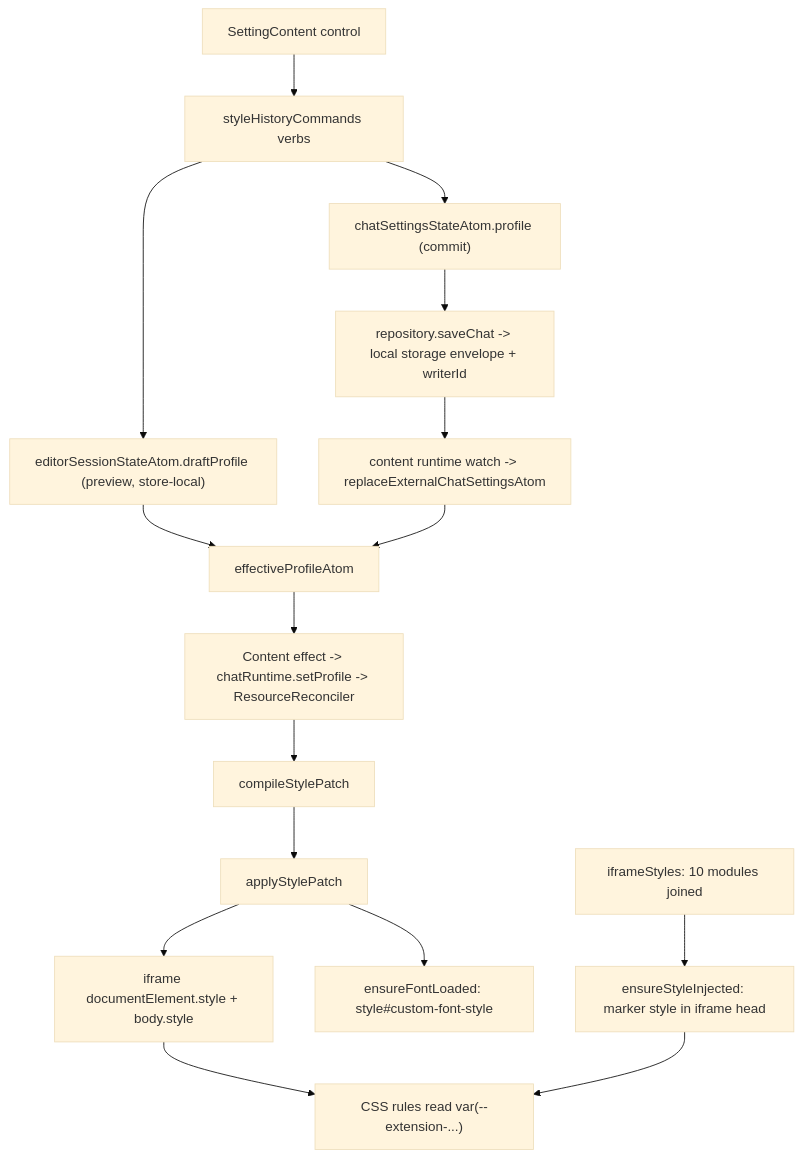
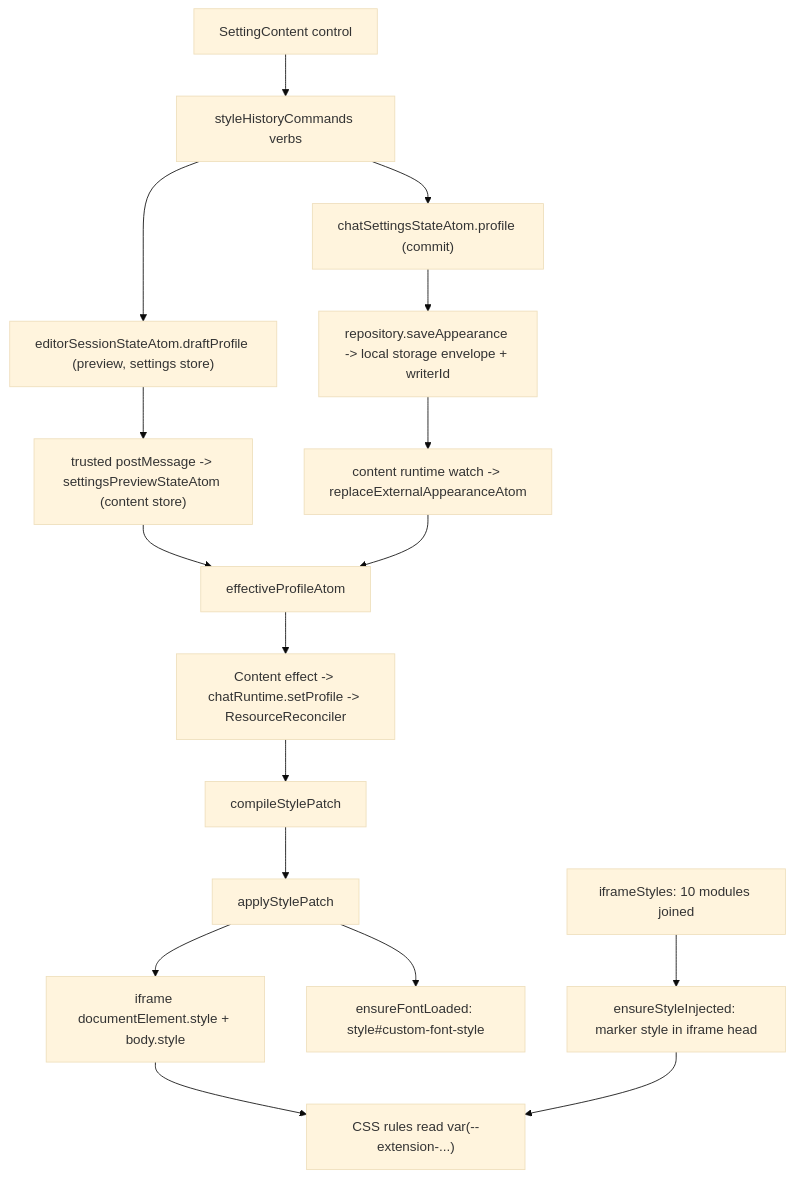
The diagram in docs/architecture/overlay-and-styling.md (daichan132/Youtube-Live-Chat-Fullscreen), drawn with Mermaid (base theme) before and after one commit. The commit also changed other lines of this file and 34 other files, not shown here.

````diff
--- a/docs/architecture/overlay-and-styling.md
+++ b/docs/architecture/overlay-and-styling.md
@@ -75,18 +77,19 @@
 ```mermaid
 flowchart TD
   A["SettingContent control"] --> B["styleHistoryCommands verbs"]
-  B --> C["editorSessionStateAtom.draftProfile (preview, store-local)"]
+  B --> C["editorSessionStateAtom.draftProfile (preview, settings store)"]
   B --> D["chatSettingsStateAtom.profile (commit)"]
-  D --> E["repository.saveChat -> local storage envelope + writerId"]
-  E --> F["content runtime watch -> replaceExternalChatSettingsAtom"]
-  C --> G["effectiveProfileAtom"]
+  D --> E["repository.saveAppearance -> local storage envelope + writerId"]
+  E --> F["content runtime watch -> replaceExternalAppearanceAtom"]
+  C --> P["trusted postMessage -> settingsPreviewStateAtom (content store)"]
+  P --> G["effectiveProfileAtom"]
   F --> G
   G --> H["Content effect -> chatRuntime.setProfile -> ResourceReconciler"]
   H --> I["compileStylePatch"]
   I --> J["applyStylePatch"]
   J --> K["iframe documentElement.style + body.style"]
   J --> L["ensureFontLoaded: style#custom-font-style"]
   M["iframeStyles: 10 modules joined"] --> N["ensureStyleInjected: marker style in iframe head"]
   K --> O["CSS rules read var(--extension-...)"]
   N --> O
 ```
````
